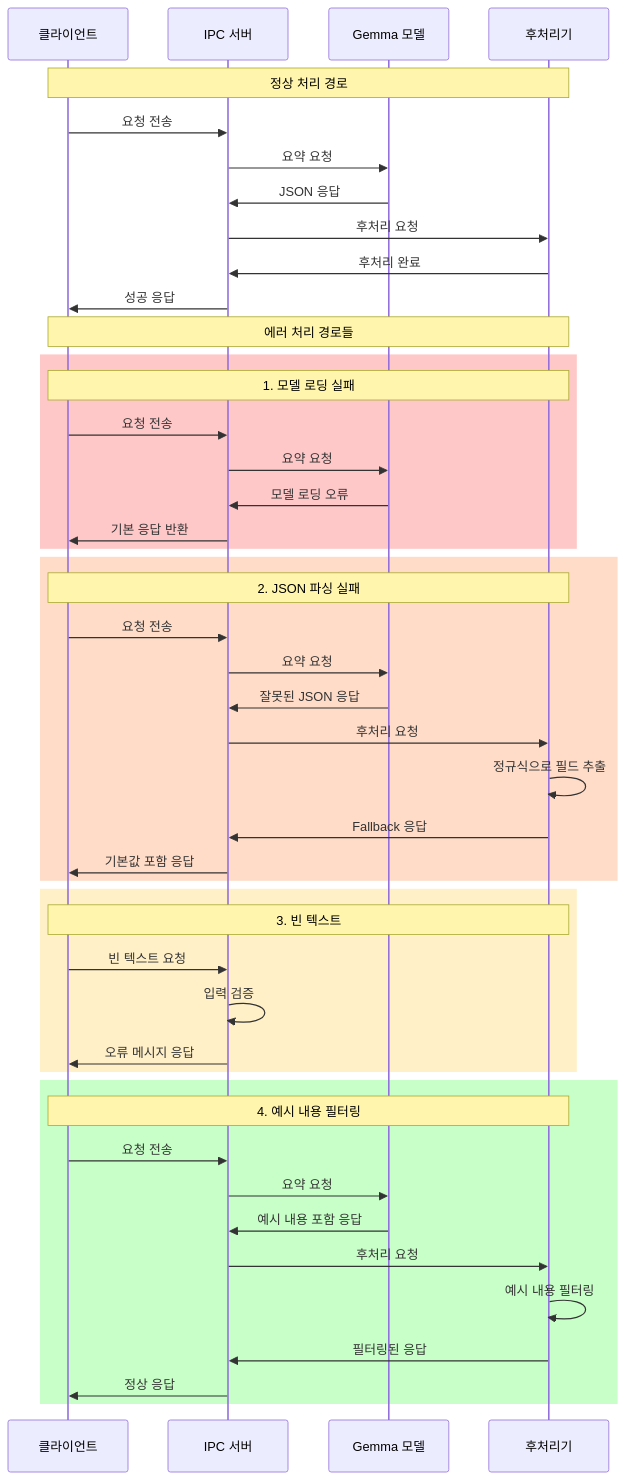
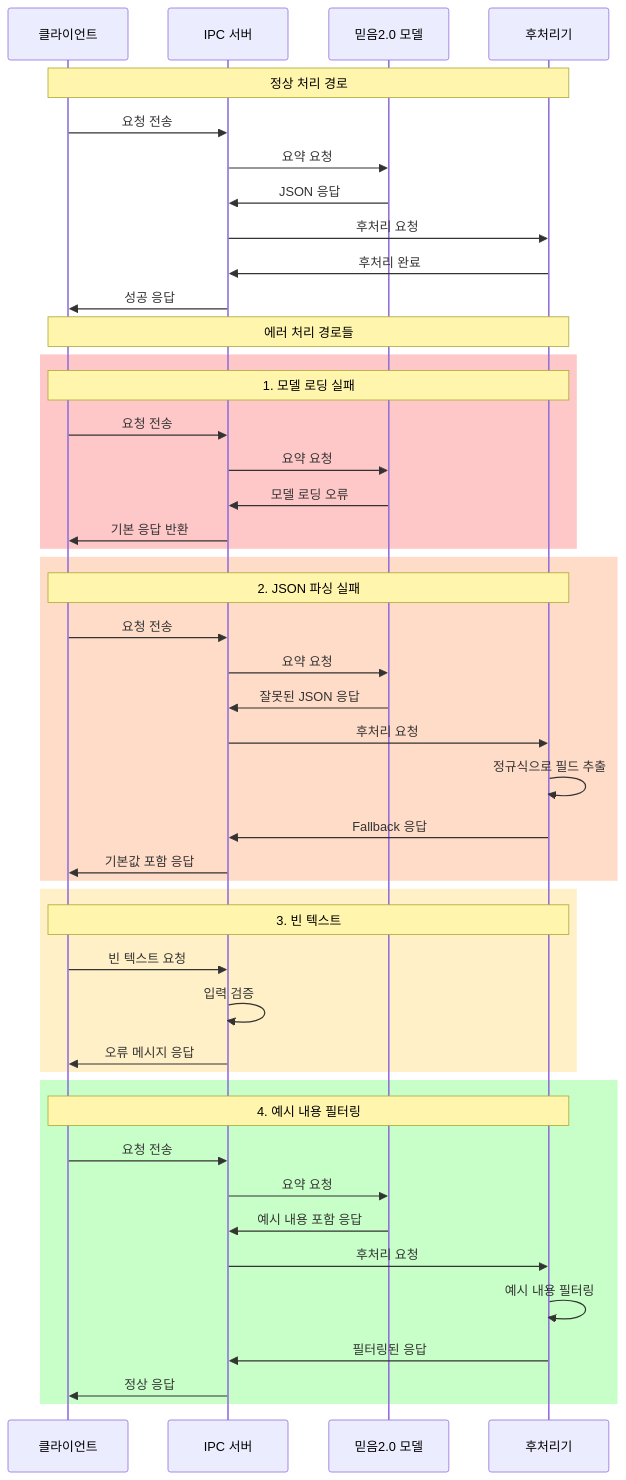
Before and after one commit to hak023/gemma-summarizer-poc: the third of 5 diagrams in sequence_diagram.md, drawn with Mermaid. The commit also changed other lines of this file and 2 other files, not shown here.

First line of the commit message:
모델명 변경: Gemma -> 믿음2.0

````diff
--- a/sequence_diagram.md
+++ b/sequence_diagram.md
@@ -107,53 +107,53 @@
 ```mermaid
 sequenceDiagram
     participant Client as 클라이언트
     participant IPC as IPC 서버
-    participant Gemma as Gemma 모델
+    participant Gemma as 믿음2.0 모델
     participant Postprocessor as 후처리기
 
     Note over Client,Postprocessor: 정상 처리 경로
     Client->>IPC: 요청 전송
     IPC->>Gemma: 요약 요청
     Gemma->>IPC: JSON 응답
     IPC->>Postprocessor: 후처리 요청
     Postprocessor->>IPC: 후처리 완료
     IPC->>Client: 성공 응답
 
     Note over Client,Postprocessor: 에러 처리 경로들
     rect rgb(255, 200, 200)
         Note over Client,Postprocessor: 1. 모델 로딩 실패
         Client->>IPC: 요청 전송
         IPC->>Gemma: 요약 요청
         Gemma->>IPC: 모델 로딩 오류
         IPC->>Client: 기본 응답 반환
     end
 
     rect rgb(255, 220, 200)
         Note over Client,Postprocessor: 2. JSON 파싱 실패
         Client->>IPC: 요청 전송
         IPC->>Gemma: 요약 요청
         Gemma->>IPC: 잘못된 JSON 응답
         IPC->>Postprocessor: 후처리 요청
         Postprocessor->>Postprocessor: 정규식으로 필드 추출
         Postprocessor->>IPC: Fallback 응답
         IPC->>Client: 기본값 포함 응답
     end
 
     rect rgb(255, 240, 200)
         Note over Client,Postprocessor: 3. 빈 텍스트
         Client->>IPC: 빈 텍스트 요청
         IPC->>IPC: 입력 검증
         IPC->>Client: 오류 메시지 응답
     end
 
     rect rgb(200, 255, 200)
         Note over Client,Postprocessor: 4. 예시 내용 필터링
         Client->>IPC: 요청 전송
         IPC->>Gemma: 요약 요청
         Gemma->>IPC: 예시 내용 포함 응답
         IPC->>Postprocessor: 후처리 요청
         Postprocessor->>Postprocessor: 예시 내용 필터링
         Postprocessor->>IPC: 필터링된 응답
         IPC->>Client: 정상 응답
     end
 ```
````
